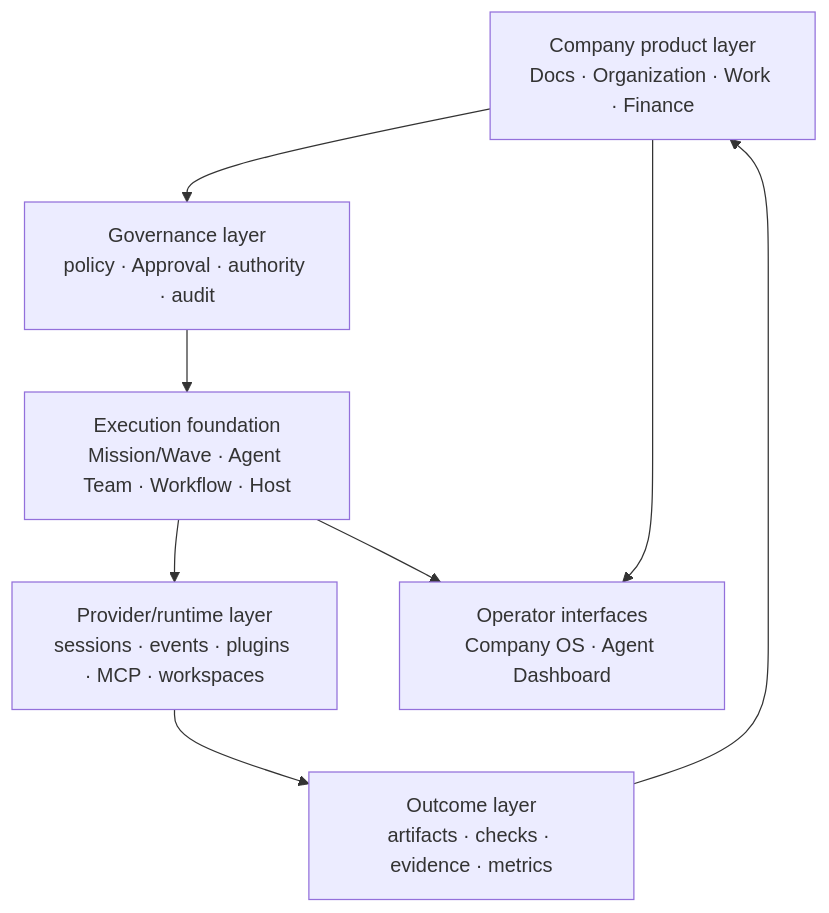
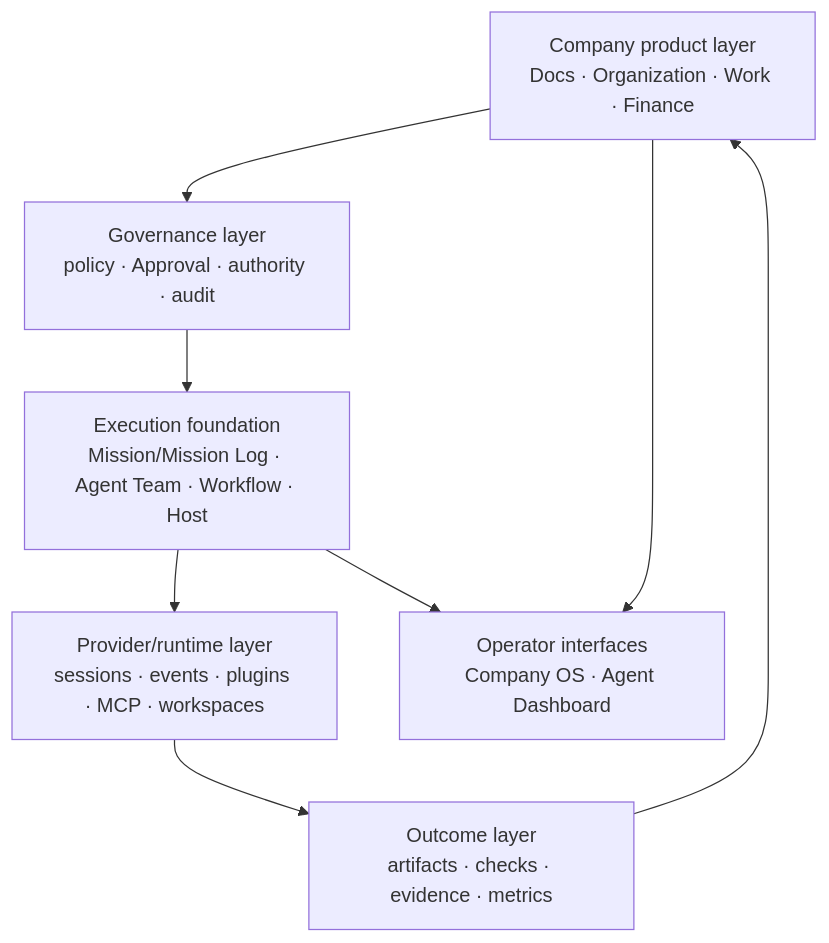
The diagram in docs/current/architecture/design-basis.md (cyl19970726/multi-agent-harness), drawn with Mermaid before and after one commit. The commit also changed other lines of this file and 127 other files, not shown here.

````diff
--- a/docs/current/architecture/design-basis.md
+++ b/docs/current/architecture/design-basis.md
@@ -43,17 +43,17 @@
 ```mermaid
 flowchart TD
   Product["Company product layer<br/>Docs · Organization · Work · Finance"]
   Governance["Governance layer<br/>policy · Approval · authority · audit"]
-  Execution["Execution foundation<br/>Mission/Wave · Agent Team · Workflow · Host"]
+  Execution["Execution foundation<br/>Mission/Mission Log · Agent Team · Workflow · Host"]
   Runtime["Provider/runtime layer<br/>sessions · events · plugins · MCP · workspaces"]
   Evidence["Outcome layer<br/>artifacts · checks · evidence · metrics"]
   Interface["Operator interfaces<br/>Company OS · Agent Dashboard"]
 
   Product --> Governance
   Governance --> Execution
   Execution --> Runtime
   Runtime --> Evidence
   Evidence --> Product
   Product --> Interface
   Execution --> Interface
 ```
````
